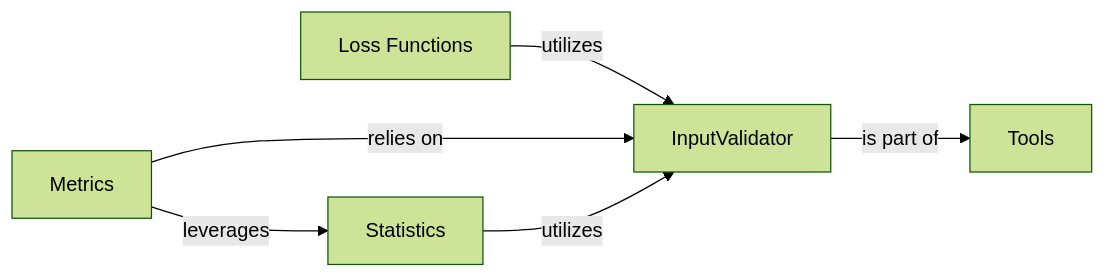
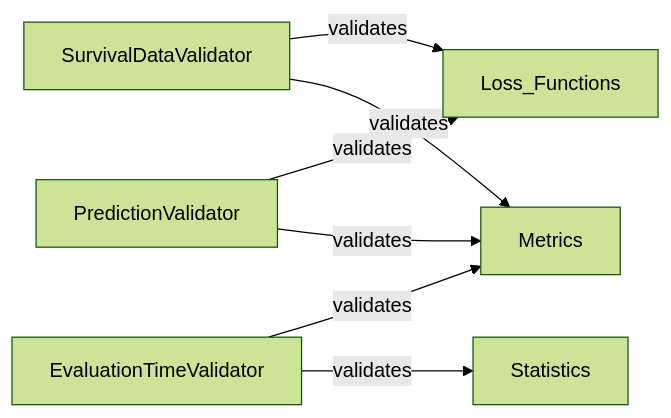
Before and after one commit to CodeBoarding/GeneratedOnBoardings: the diagram in torchsurv/InputValidator.md, drawn with Mermaid (forest theme). The commit also changed other lines of this file and 39 other files, not shown here.

````diff
--- a/torchsurv/InputValidator.md
+++ b/torchsurv/InputValidator.md
@@ -1,17 +1,12 @@
 ```mermaid
 graph LR
-    InputValidator["InputValidator"]
-    Loss_Functions["Loss Functions"]
-    Metrics["Metrics"]
-    Statistics["Statistics"]
-    Tools["Tools"]
-    Loss_Functions -- "utilizes" --> InputValidator
-    Metrics -- "relies on" --> InputValidator
-    Metrics -- "leverages" --> Statistics
-    Statistics -- "utilizes" --> InputValidator
-    InputValidator -- "is part of" --> Tools
-    click InputValidator href "https://github.com/CodeBoarding/GeneratedOnBoardings/blob/main/torchsurv/InputValidator.md" "Details"
-    click Loss_Functions href "https://github.com/CodeBoarding/GeneratedOnBoardings/blob/main/torchsurv/Loss_Functions.md" "Details"
-    click Metrics href "https://github.com/CodeBoarding/GeneratedOnBoardings/blob/main/torchsurv/Metrics.md" "Details"
-    click Statistics href "https://github.com/CodeBoarding/GeneratedOnBoardings/blob/main/torchsurv/Statistics.md" "Details"
+    SurvivalDataValidator["SurvivalDataValidator"]
+    EvaluationTimeValidator["EvaluationTimeValidator"]
+    PredictionValidator["PredictionValidator"]
+    SurvivalDataValidator -- "validates" --> Loss_Functions
+    SurvivalDataValidator -- "validates" --> Metrics
+    EvaluationTimeValidator -- "validates" --> Metrics
+    EvaluationTimeValidator -- "validates" --> Statistics
+    PredictionValidator -- "validates" --> Loss_Functions
+    PredictionValidator -- "validates" --> Metrics
 ```
````
